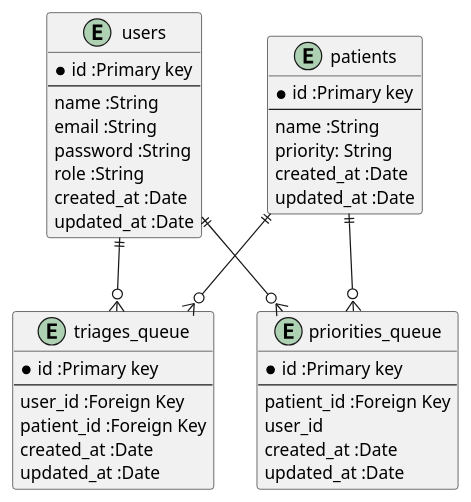
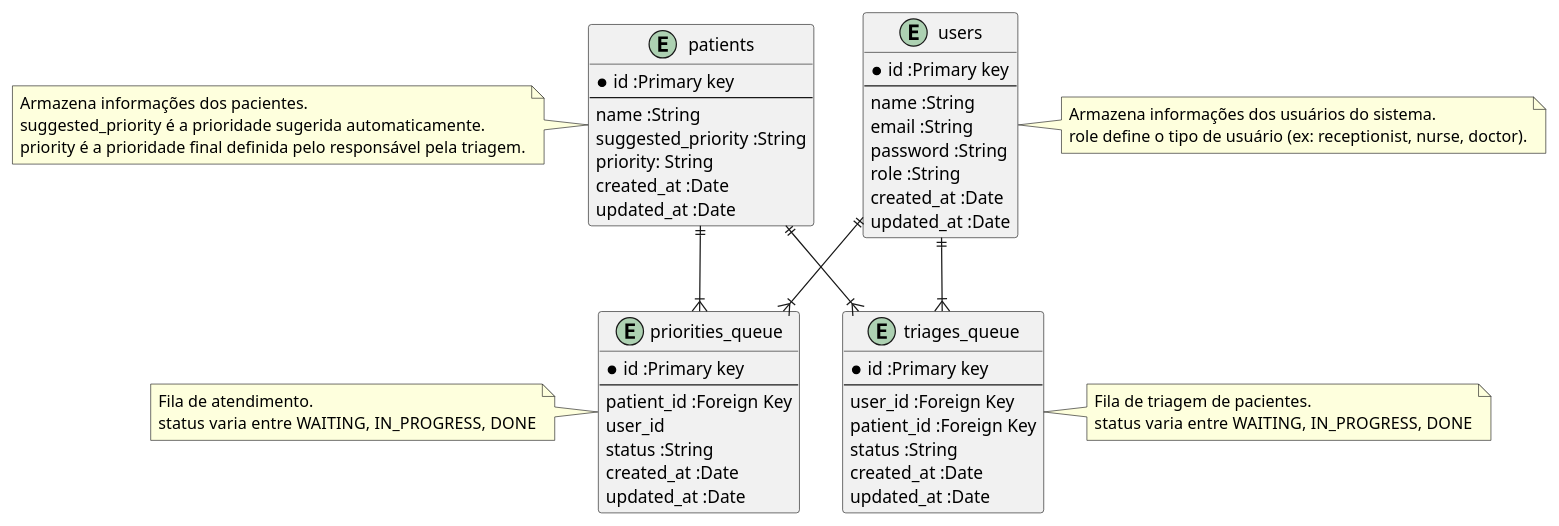
The diagram in docs/ERD.puml (alexandrendev/Q-flow-BE), drawn with PlantUML before and after one commit. The commit also changed other lines of this file and 1 other file, not shown here.

```diff
--- a/docs/ERD.puml
+++ b/docs/ERD.puml
@@ -1,51 +1,71 @@
 @startuml
-
-
 
 entity users{
 	*id :Primary key
 	--
 	name :String
 	email :String
 	password :String
 	role :String
 	created_at :Date
 	updated_at :Date
 }
 
+note right of users
+  Armazena informações dos usuários do sistema.
+  role define o tipo de usuário (ex: receptionist, nurse, doctor).
+end note
+
 entity patients{
 	*id :Primary key
 	--
 	name :String
+	suggested_priority :String
 	priority: String
-        created_at :Date
-        updated_at :Date	
+    created_at :Date
+    updated_at :Date	
 }
 
+note left of patients
+  Armazena informações dos pacientes.
+  suggested_priority é a prioridade sugerida automaticamente.
+  priority é a prioridade final definida pelo responsável pela triagem.
+end note
+
 entity triages_queue{
-        *id :Primary key
+    *id :Primary key
 	--
 	user_id :Foreign Key
 	patient_id :Foreign Key
-        created_at :Date
-        updated_at :Date
+	status :String
+    created_at :Date
+    updated_at :Date
 }
 
+note right of triages_queue
+  Fila de triagem de pacientes.
+  status varia entre WAITING, IN_PROGRESS,  DONE
+end note
 
 entity priorities_queue{
-        *id :Primary key
+    *id :Primary key
 	--
 	patient_id :Foreign Key
 	user_id
-        created_at :Date
-        updated_at :Date
+	status :String
+    created_at :Date
+    updated_at :Date
 }
 
-users ||--o{ triages_queue
-patients ||--o{ triages_queue
+note left of priorities_queue
+  Fila de atendimento.
+  status varia entre WAITING, IN_PROGRESS,  DONE
+end note
 
-users ||--o{ priorities_queue
-patients ||--o{ priorities_queue
+users ||--|{ triages_queue
+patients ||--|{ triages_queue
 
+users ||--|{ priorities_queue
+patients ||--|{ priorities_queue
 
 @enduml
```
